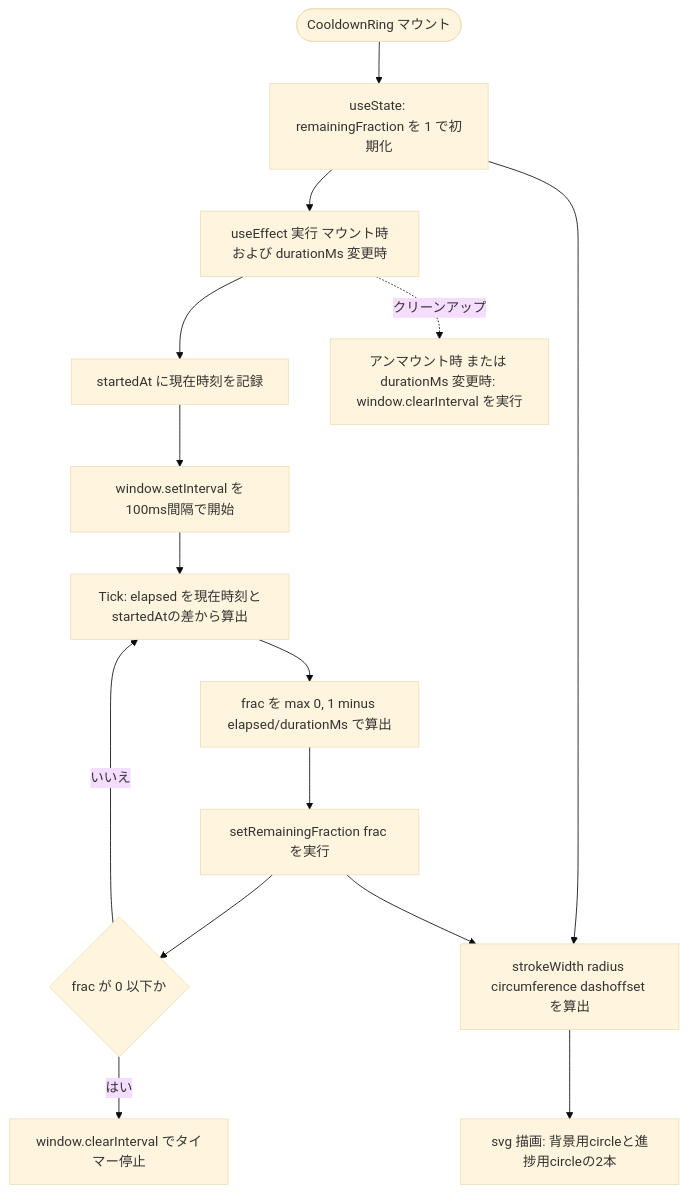
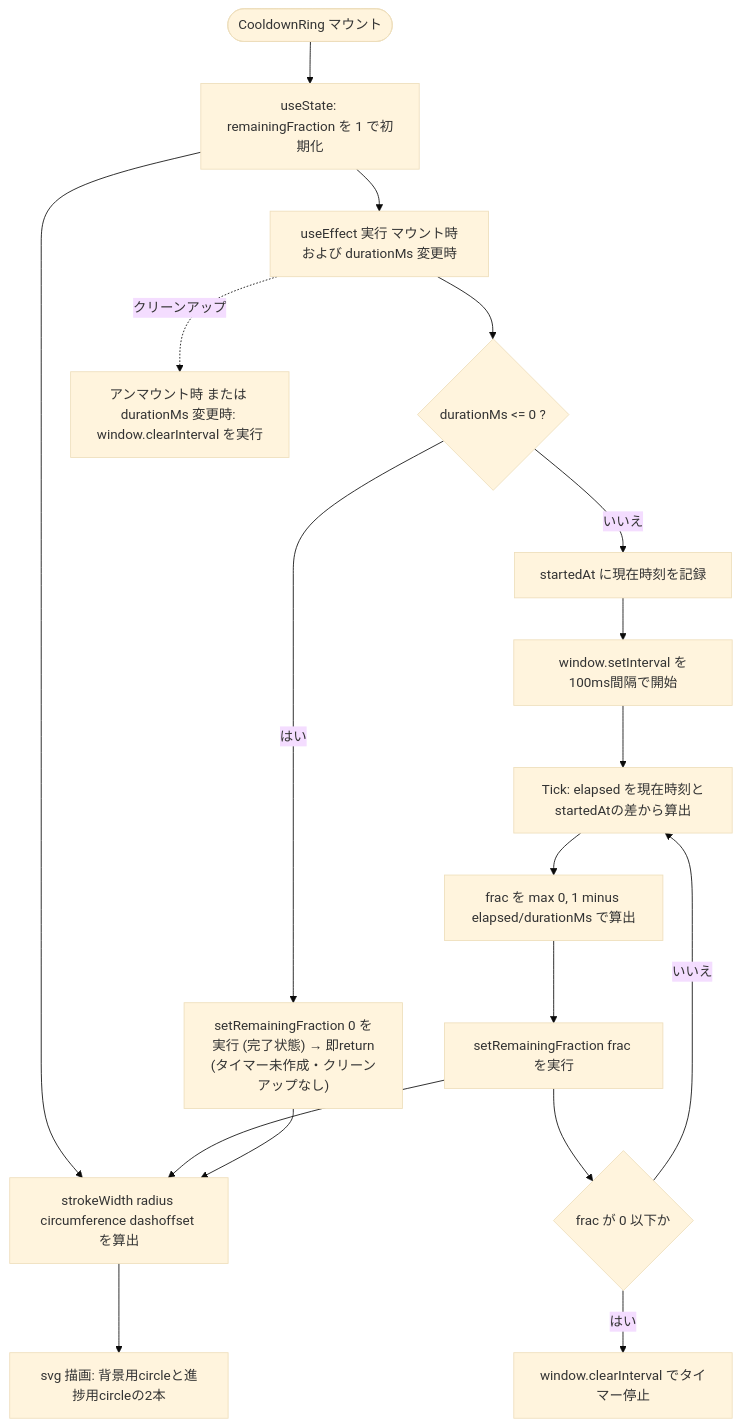
One commit to mmtigers/my_python_project changed the first of 2 diagrams in docs/specifications/family-quest/src/components/ui/CooldownRing.md. Above: the diagram before and after it, drawn with Mermaid (base theme). The commit also changed other lines of this file and 87 other files, not shown here.

````diff
--- a/docs/specifications/family-quest/src/components/ui/CooldownRing.md
+++ b/docs/specifications/family-quest/src/components/ui/CooldownRing.md
@@ -97,18 +101,21 @@
 ```mermaid
 flowchart TD
     Start(["CooldownRing マウント"]) --> InitState["useState: remainingFraction を 1 で初期化"]
     InitState --> EffectRun["useEffect 実行 マウント時および durationMs 変更時"]
-    EffectRun --> RecordStart["startedAt に現在時刻を記録"]
+    EffectRun --> CheckDuration{"durationMs <= 0 ?"}
+    CheckDuration -- はい --> SetZero["setRemainingFraction 0 を実行 (完了状態) → 即return\n(タイマー未作成・クリーンアップなし)"]
+    CheckDuration -- いいえ --> RecordStart["startedAt に現在時刻を記録"]
     RecordStart --> SetInterval["window.setInterval を100ms間隔で開始"]
     SetInterval --> Tick["Tick: elapsed を現在時刻とstartedAtの差から算出"]
     Tick --> CalcFrac["frac を max 0, 1 minus elapsed/durationMs で算出"]
     CalcFrac --> SetState["setRemainingFraction frac を実行"]
     SetState --> CheckZero{"frac が 0 以下か"}
     CheckZero -- はい --> ClearInterval["window.clearInterval でタイマー停止"]
     CheckZero -- いいえ --> Tick
     EffectRun -.クリーンアップ.-> Cleanup["アンマウント時 または durationMs 変更時: window.clearInterval を実行"]
 
     InitState --> CalcRender["strokeWidth radius circumference dashoffset を算出"]
     SetState --> CalcRender
+    SetZero --> CalcRender
     CalcRender --> RenderSvg["svg 描画: 背景用circleと進捗用circleの2本"]
 ```
````
